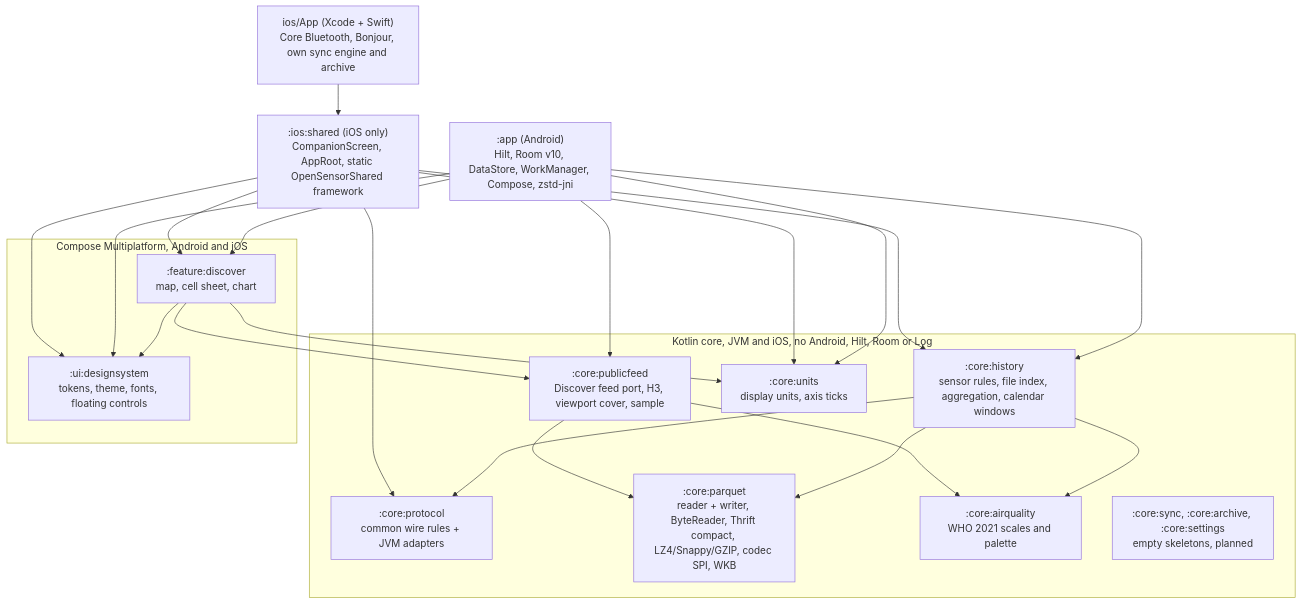
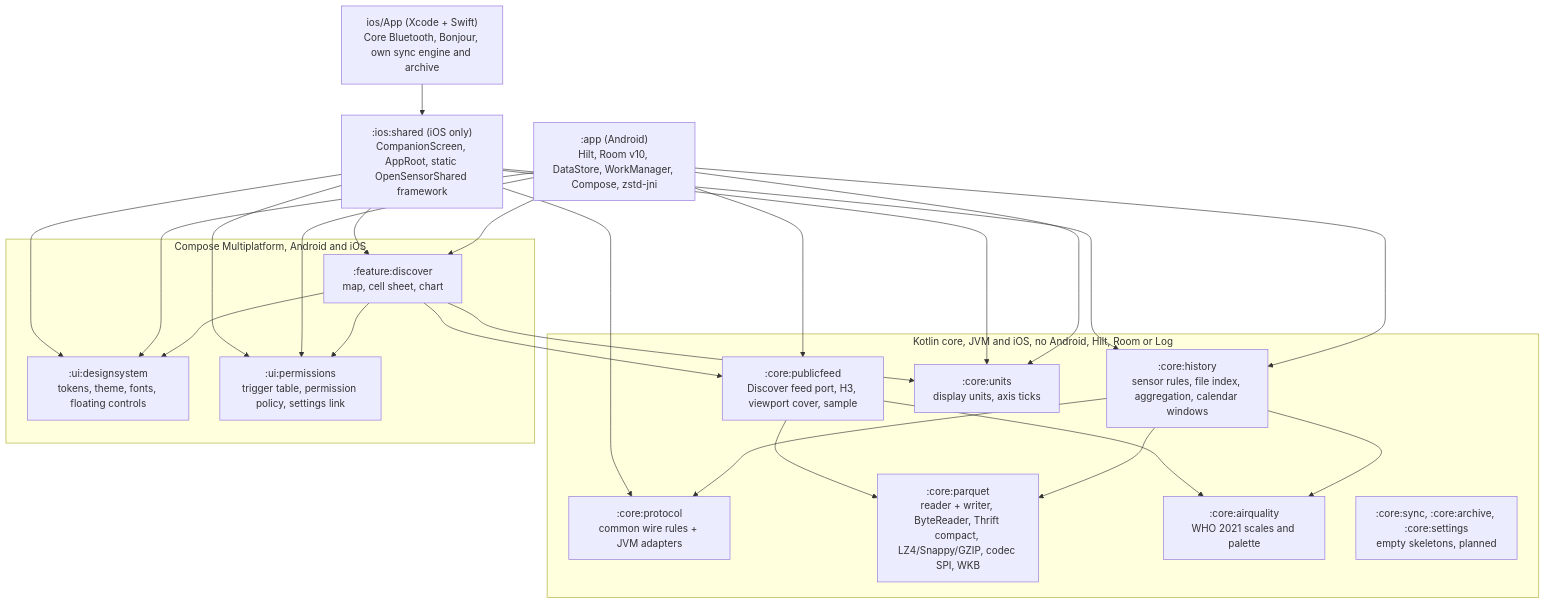
The first of 3 diagrams in docs/architecture.md (walkthru-earth/opensensor-space-mobile), drawn with Mermaid before and after one commit. The commit also changed other lines of this file and 4 other files, not shown here.

First line of the commit message:
Document the shared permission policy

````diff
--- a/docs/architecture.md
+++ b/docs/architecture.md
@@ -9,25 +9,26 @@
 ```mermaid
 flowchart TB
   subgraph core["Kotlin core, JVM and iOS, no Android, Hilt, Room or Log"]
     PR[":core:protocol<br/>common wire rules + JVM adapters"]
     PQ[":core:parquet<br/>reader + writer, ByteReader, Thrift compact, LZ4/Snappy/GZIP, codec SPI, WKB"]
     AQ[":core:airquality<br/>WHO 2021 scales and palette"]
     HI[":core:history<br/>sensor rules, file index, aggregation, calendar windows"]
     PF[":core:publicfeed<br/>Discover feed port, H3, viewport cover, sample"]
     UN[":core:units<br/>display units, axis ticks"]
     SK[":core:sync, :core:archive, :core:settings<br/>empty skeletons, planned"]
   end
   subgraph ui["Compose Multiplatform, Android and iOS"]
     DS[":ui:designsystem<br/>tokens, theme, fonts, floating controls"]
+    PM[":ui:permissions<br/>trigger table, permission policy, settings link"]
     DI[":feature:discover<br/>map, cell sheet, chart"]
   end
   APP[":app (Android)<br/>Hilt, Room v10, DataStore, WorkManager, Compose, zstd-jni"]
   IOS["ios/App (Xcode + Swift)<br/>Core Bluetooth, Bonjour, own sync engine and archive"]
   IS[":ios:shared (iOS only)<br/>CompanionScreen, AppRoot, static OpenSensorShared framework"]
   HI --> PQ & PR & AQ
   PF --> PQ & AQ
-  DI --> PF & UN & DS
-  APP --> HI & PF & UN & DI & DS
-  IS --> HI & PR & UN & DI & DS
+  DI --> PF & UN & DS & PM
+  APP --> HI & PF & UN & DI & DS & PM
+  IS --> HI & PR & UN & DI & DS & PM
   IOS --> IS
 ```
````
